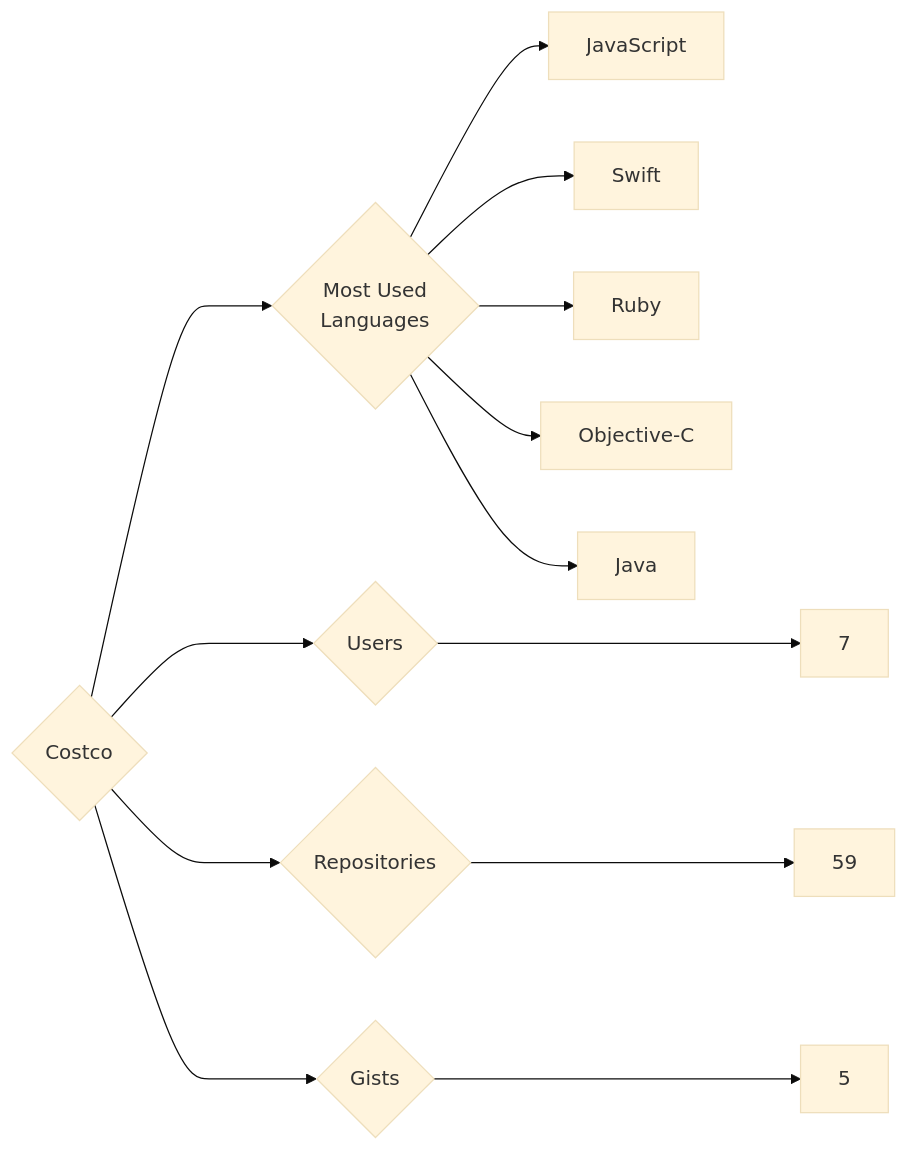
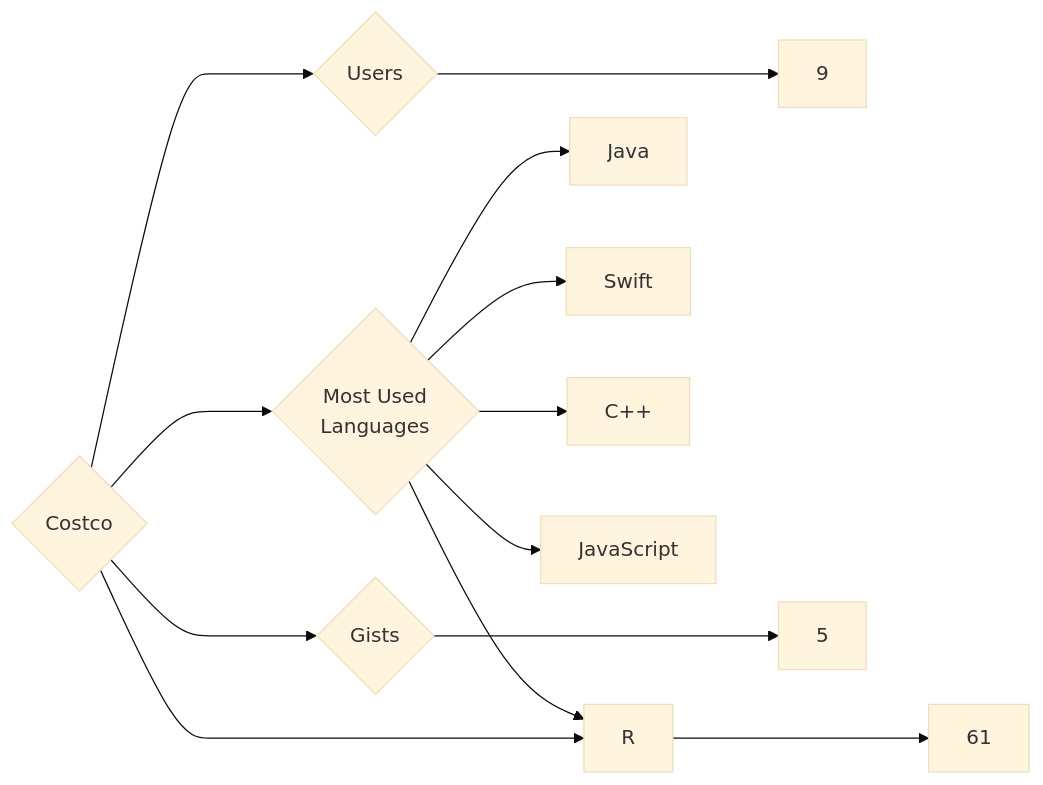
One commit to trickest/insiders changed the diagram in targets/Costco/README.md. Above: the diagram before and after it, drawn with Mermaid (base theme). The commit also changed 933 other files, not shown here.

````diff
--- a/targets/Costco/README.md
+++ b/targets/Costco/README.md
@@ -3,13 +3,13 @@
 ```mermaid
 graph LR
 COMPANY_NAME{Costco}
-COMPANY_NAME ---> U{Users} ---> UN[7]
-COMPANY_NAME ---> R{Repositories} ---> RN[59]
+COMPANY_NAME ---> U{Users} ---> UN[9]
+COMPANY_NAME ---> R{Repositories} ---> RN[61]
 COMPANY_NAME ---> G{Gists} ---> GN[5]
 COMPANY_NAME ---> ML{Most Used<br>Languages}
+ML --> Java[Java]
+ML --> Swift[Swift]
+ML --> R[R]
+ML --> C++[C++]
 ML --> JavaScript[JavaScript]
-ML --> Swift[Swift]
-ML --> Ruby[Ruby]
-ML --> Objective-C[Objective-C]
-ML --> Java[Java]
 ```
````
